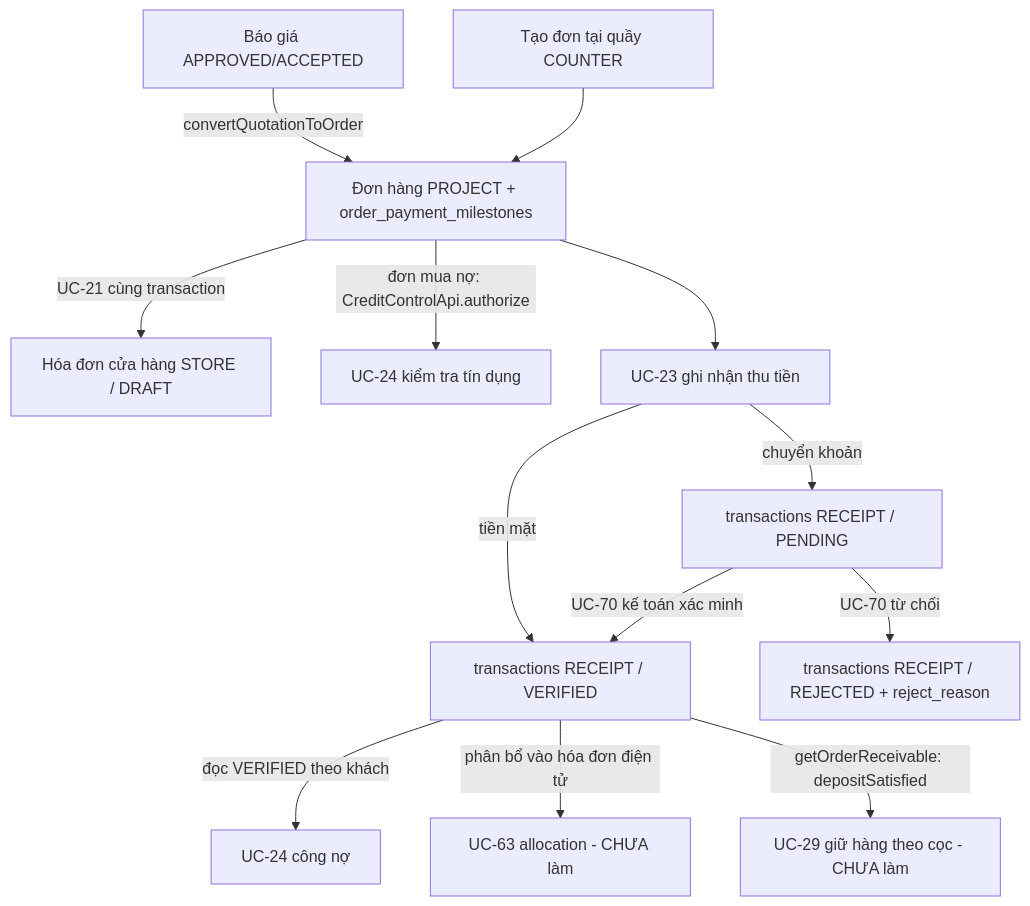
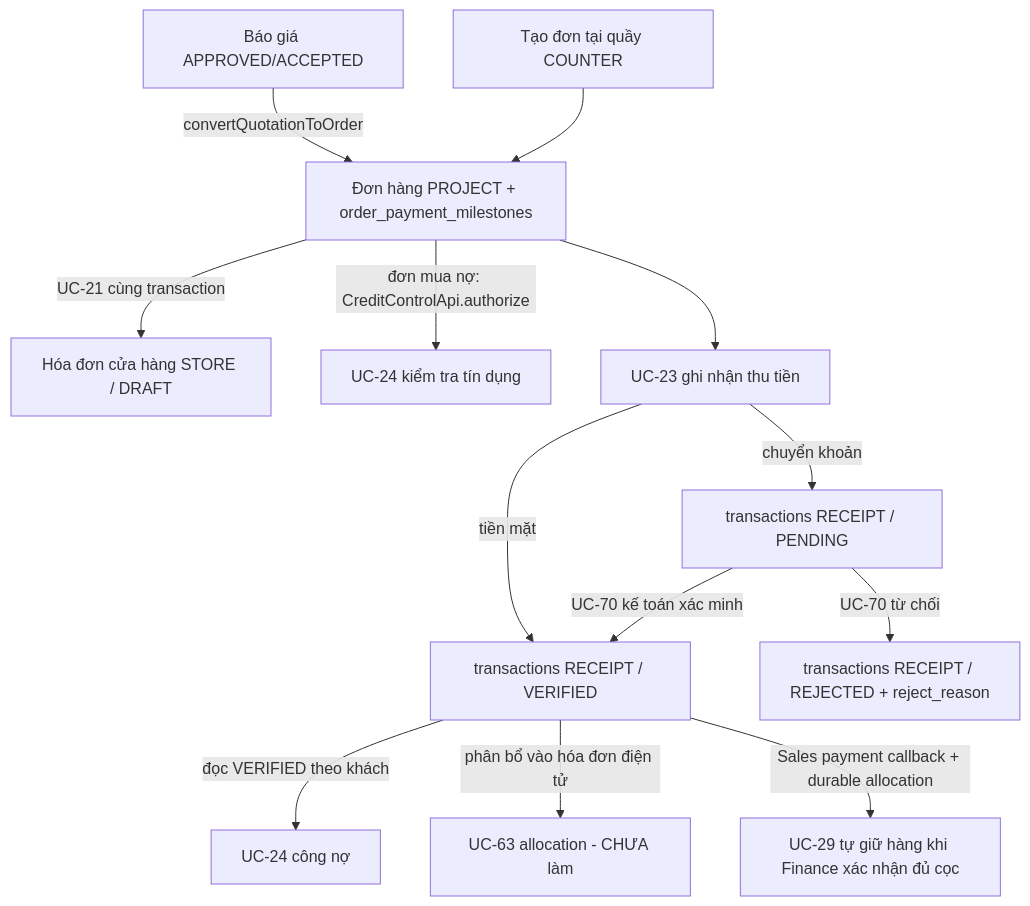
One commit to GiangHieuToiDay/aquasuite-be changed the diagram in docs/guides/payment-flow-integration-for-uc24-uc63.md. Above: the diagram before and after it, drawn with Mermaid. The commit also changed other lines of this file and 153 other files, not shown here.

````diff
--- a/docs/guides/payment-flow-integration-for-uc24-uc63.md
+++ b/docs/guides/payment-flow-integration-for-uc24-uc63.md
@@ -13,15 +13,15 @@
 ```mermaid
 flowchart TD
     Q[Báo giá APPROVED/ACCEPTED] -->|convertQuotationToOrder| O[Đơn hàng PROJECT + order_payment_milestones]
     POS[Tạo đơn tại quầy COUNTER] --> O
     O -->|UC-21 cùng transaction| INV[Hóa đơn cửa hàng STORE / DRAFT]
     O -->|đơn mua nợ: CreditControlApi.authorize| CC[UC-24 kiểm tra tín dụng]
     O --> PAY[UC-23 ghi nhận thu tiền]
     PAY -->|tiền mặt| V[transactions RECEIPT / VERIFIED]
     PAY -->|chuyển khoản| P[transactions RECEIPT / PENDING]
     P -->|UC-70 kế toán xác minh| V
     P -->|UC-70 từ chối| R[transactions RECEIPT / REJECTED + reject_reason]
     V -->|đọc VERIFIED theo khách| D[UC-24 công nợ]
     V -->|phân bổ vào hóa đơn điện tử| A[UC-63 allocation - CHƯA làm]
-    V -->|getOrderReceivable: depositSatisfied| H[UC-29 giữ hàng theo cọc - CHƯA làm]
+    V -->|Sales payment callback + durable allocation| H[UC-29 tự giữ hàng khi Finance xác nhận đủ cọc]
 ```
````
